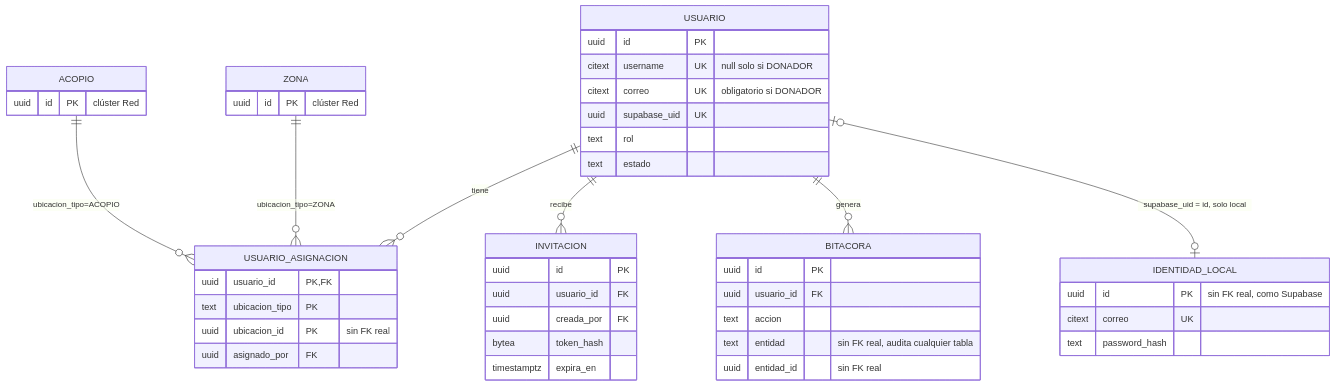
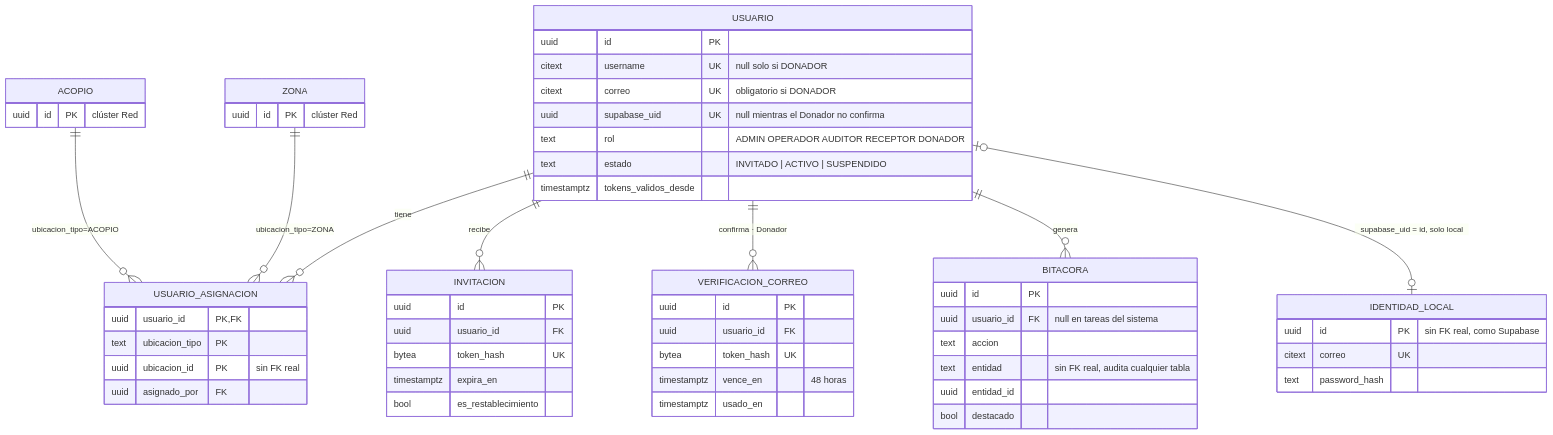
One commit to Proyecto-IngSoftware/acopio changed the eighth of 9 diagrams in docs/02-arquitectura/modelo-datos.md. Above: the diagram before and after it, drawn with Mermaid. The commit also changed other lines of this file and 62 other files, not shown here.

````diff
--- a/docs/02-arquitectura/modelo-datos.md
+++ b/docs/02-arquitectura/modelo-datos.md
@@ -881,49 +873,59 @@
 ```mermaid
 erDiagram
     USUARIO ||--o{ USUARIO_ASIGNACION : tiene
     ACOPIO  ||--o{ USUARIO_ASIGNACION : "ubicacion_tipo=ACOPIO"
     ZONA    ||--o{ USUARIO_ASIGNACION : "ubicacion_tipo=ZONA"
     USUARIO ||--o{ INVITACION : recibe
+    USUARIO ||--o{ VERIFICACION_CORREO : "confirma · Donador"
     USUARIO ||--o{ BITACORA : genera
     USUARIO |o--o| IDENTIDAD_LOCAL : "supabase_uid = id, solo local"
 
     ACOPIO {
         uuid id PK "clúster Red"
     }
     ZONA {
         uuid id PK "clúster Red"
     }
     USUARIO {
         uuid id PK
         citext username UK "null solo si DONADOR"
         citext correo UK "obligatorio si DONADOR"
-        uuid supabase_uid UK
-        text rol
-        text estado
+        uuid supabase_uid UK "null mientras el Donador no confirma"
+        text rol "ADMIN OPERADOR AUDITOR RECEPTOR DONADOR"
+        text estado "INVITADO | ACTIVO | SUSPENDIDO"
+        timestamptz tokens_validos_desde
     }
     USUARIO_ASIGNACION {
         uuid usuario_id PK,FK
         text ubicacion_tipo PK
         uuid ubicacion_id PK "sin FK real"
         uuid asignado_por FK
     }
     INVITACION {
         uuid id PK
         uuid usuario_id FK
-        uuid creada_por FK
-        bytea token_hash
+        bytea token_hash UK
         timestamptz expira_en
+        bool es_restablecimiento
+    }
+    VERIFICACION_CORREO {
+        uuid id PK
+        uuid usuario_id FK
+        bytea token_hash UK
+        timestamptz vence_en "48 horas"
+        timestamptz usado_en
     }
     BITACORA {
         uuid id PK
-        uuid usuario_id FK
+        uuid usuario_id FK "null en tareas del sistema"
         text accion
         text entidad "sin FK real, audita cualquier tabla"
-        uuid entidad_id "sin FK real"
+        uuid entidad_id
+        bool destacado
     }
     IDENTIDAD_LOCAL {
         uuid id PK "sin FK real, como Supabase"
         citext correo UK
         text password_hash
     }
 ```
````
